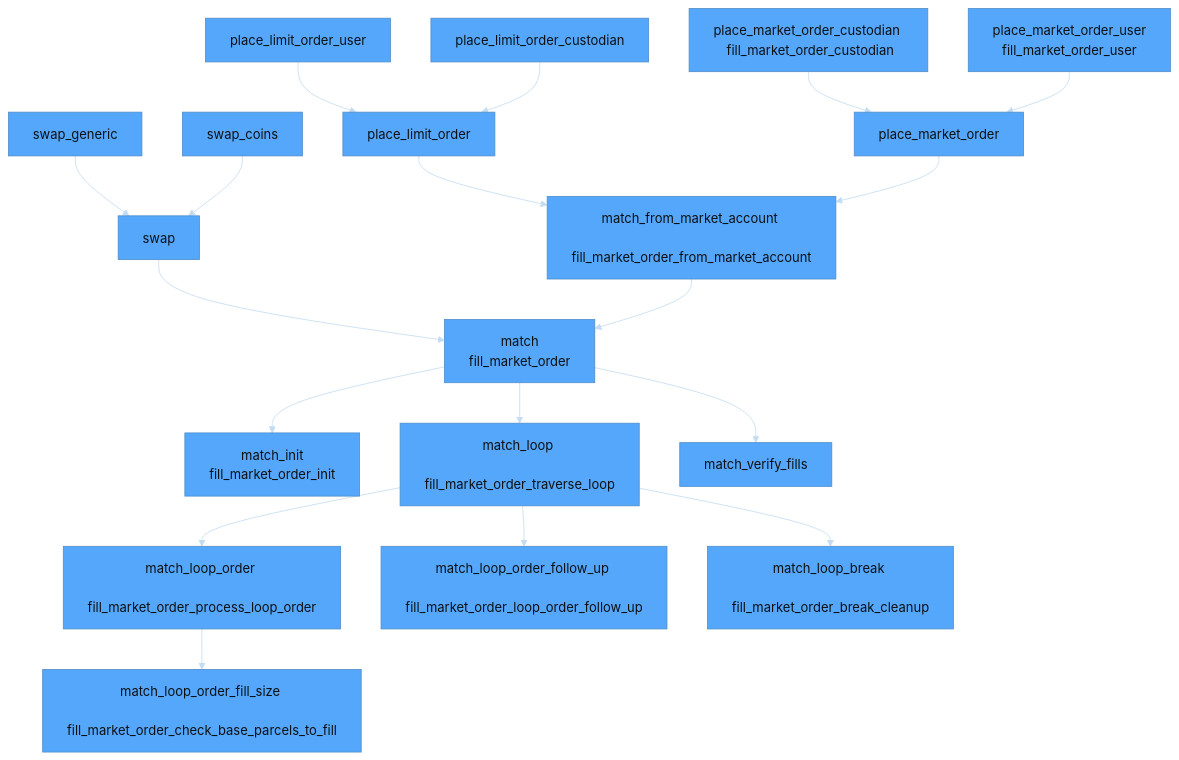
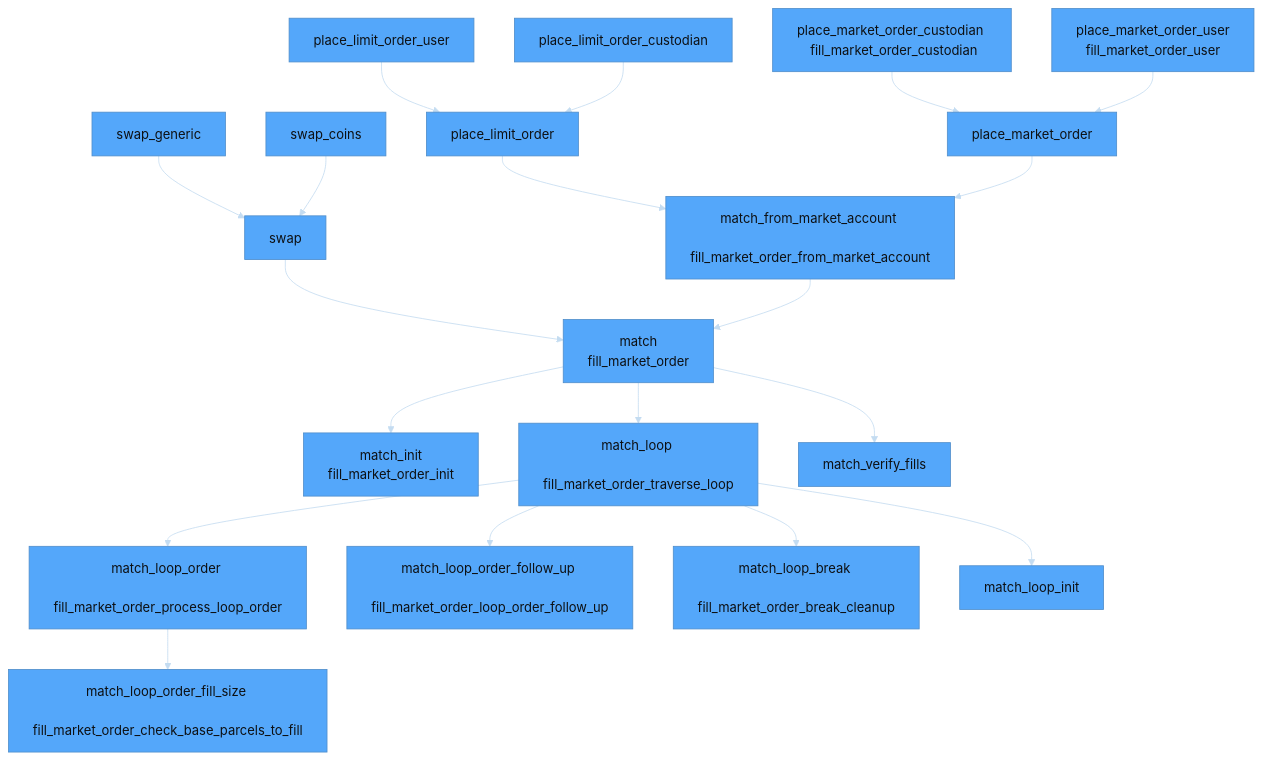
One commit to econia-labs/econia changed the third of 3 diagrams in src/move/econia/dependencies.md. Above: the diagram before and after it, drawn with Mermaid. The commit also changed 2 other files, not shown here.

Commit message:
Implement loopwise match func

````diff
--- a/src/move/econia/dependencies.md
+++ b/src/move/econia/dependencies.md
@@ -49,73 +49,76 @@
 ```mermaid
 
 %%{init: {'theme': 'base', 'themeVariables': {'primaryColor': '#54a7fa', 'lineColor': '#c4dcf1', 'primaryTextColor': '#0d1013', 'secondaryColor': '#c4dcf1'}}}%%
 
 flowchart TD
 
 %% Node definitions
 
     match[match <br/> fill_market_order]
     match_from_market_account[match_from_market_account <br/> fill_market_order_from_market_account]
     match_init[match_init <br> fill_market_order_init]
     swap[swap]
     place_market_order[place_market_order]
     place_market_order_custodian[place_market_order_custodian <br/> fill_market_order_custodian]
     place_market_order_user[place_market_order_user <br/> fill_market_order_user]
     place_limit_order[place_limit_order]
     place_limit_order_custodian[place_limit_order_custodian]
     place_limit_order_user[place_limit_order_user]
     match_loop[match_loop <br/> fill_market_order_traverse_loop]
     match_loop_order[match_loop_order <br/> fill_market_order_process_loop_order]
     match_loop_order_fill_size[match_loop_order_fill_size <br/> fill_market_order_check_base_parcels_to_fill]
     match_loop_order_follow_up[match_loop_order_follow_up <br/> fill_market_order_loop_order_follow_up]
     match_loop_break[match_loop_break <br/> fill_market_order_break_cleanup]
     swap_coins[swap_coins]
     swap_generic[swap_generic]
     match_verify_fills[match_verify_fills]
+    match_loop_init[match_loop_init]
 
 %% Class definitions
 
     classDef partially_implemented fill:#a020f0 %% Purple
     classDef implemented fill:#32cd32 %% Lime Green
     classDef unimplemented fill:#708090 %% Slate Gray
 
     class match_verify_fills unimplemented;
     class swap_coins unimplemented;
     class swap_generic unimplemented
     class match unimplemented;
     class match_from_market_account unimplemented;
     class match_init unimplemented;
     class swap unimplemented;
     class place_market_order unimplemented;
     class place_market_order_custodian unimplemented;
     class place_market_order_user unimplemented;
     class place_limit_order partially_implemented;
     class place_limit_order_custodian partially_implemented;
     class place_limit_order_user partially_implemented;
-    class match_loop partially_implemented;
+    class match_loop implemented;
     class match_loop_order implemented;
     class match_loop_order_fill_size implemented;
     class match_loop_order_follow_up implemented;
     class match_loop_break implemented;
+    class match_loop_init implemented
 
 %% Node relationships
 
     match --> match_verify_fills
     swap_generic --> swap
     swap_coins --> swap
     place_limit_order_user --> place_limit_order
     place_limit_order_custodian --> place_limit_order
     place_limit_order --> match_from_market_account
     place_market_order --> match_from_market_account
     place_market_order_custodian --> place_market_order
     swap --> match
     place_market_order_user --> place_market_order
     match --> match_init
     match --> match_loop
     match_from_market_account --> match
     match_loop_order --> match_loop_order_fill_size
+    match_loop --> match_loop_init
     match_loop --> match_loop_order
     match_loop --> match_loop_order_follow_up
     match_loop --> match_loop_break
 
 ```
````
